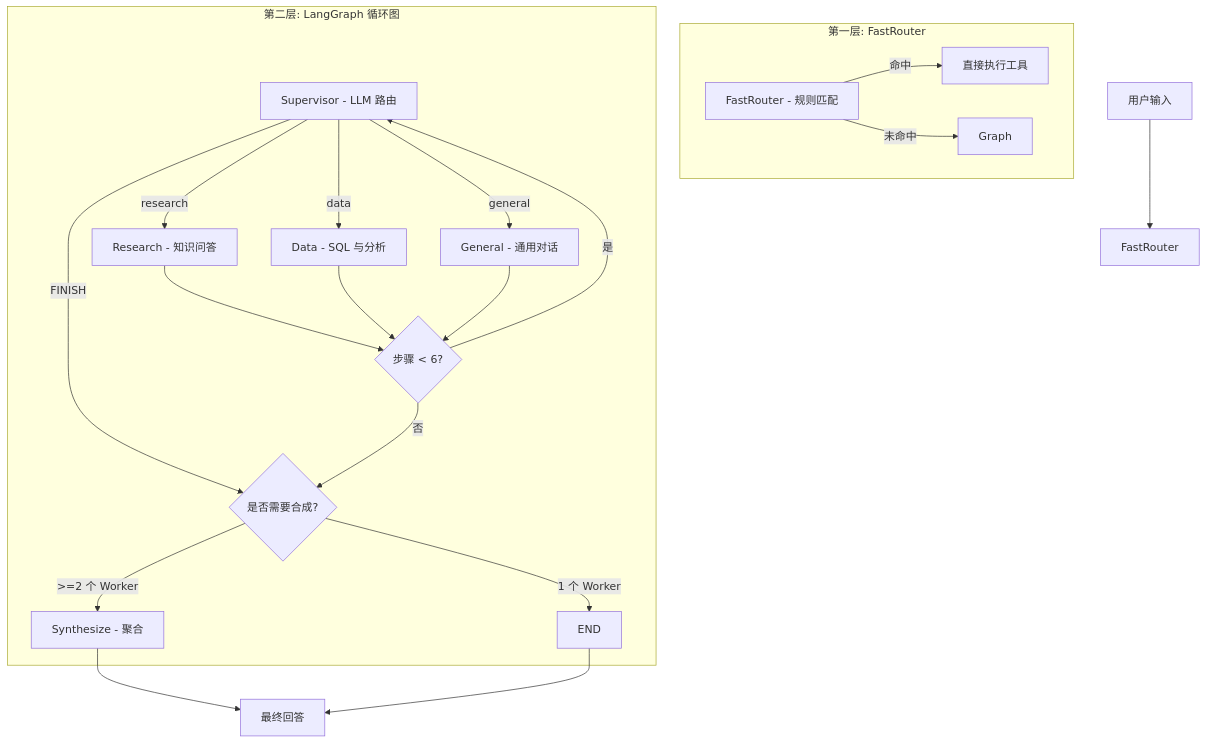
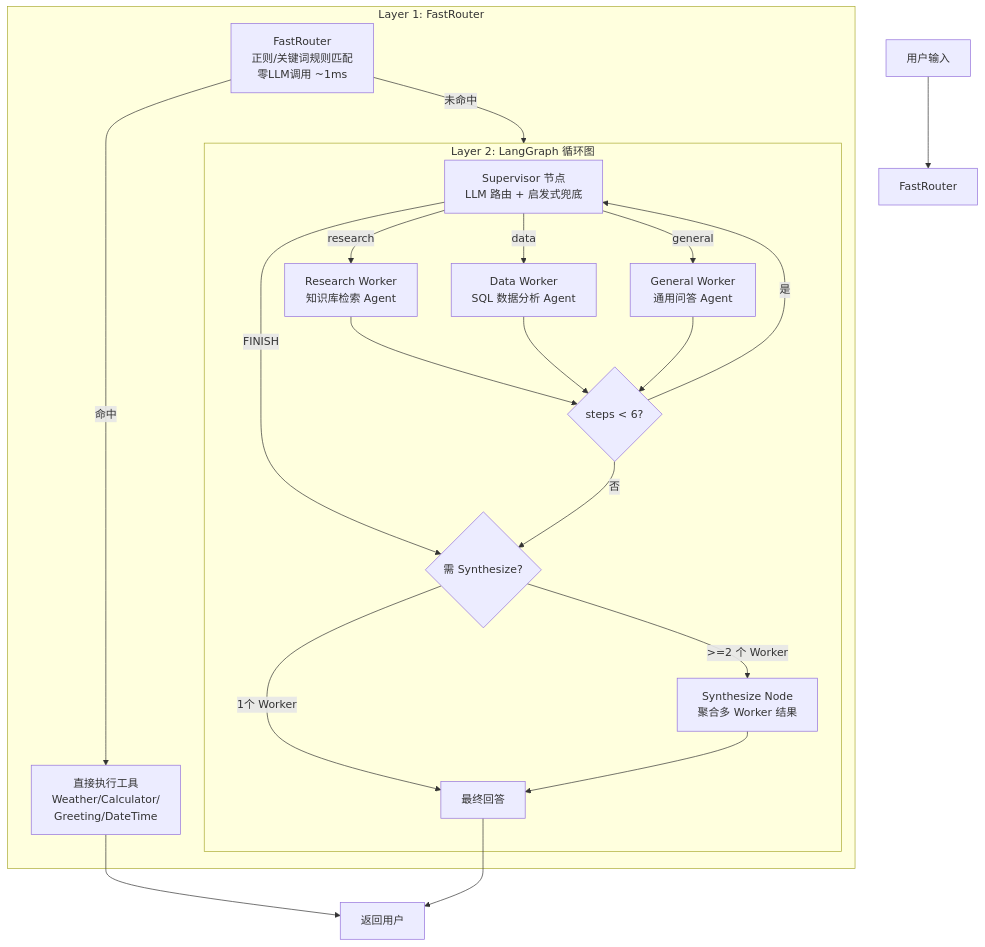
One commit to 05H-chouwenzi/AI-Agent-Assistant-System changed the diagram in README.md. Above: the diagram before and after it, drawn with Mermaid.

Commit message:
the last commit

````diff
--- a/README.md
+++ b/README.md
@@ -13,23 +13,28 @@
 ```mermaid
 flowchart TD
     USER[用户输入] --> FastRouter
-    subgraph L1 [第一层: FastRouter]
-        FR[FastRouter - 规则匹配] -->|命中| Direct[直接执行工具]
-        FR -->|未命中| Graph
+   
+    subgraph L1 [Layer 1: FastRouter]
+        FR[FastRouter<br/>正则/关键词规则匹配<br/>零LLM调用 ~1ms] -->|命中| Direct[直接执行工具<br/>Weather/Calculator/<br/>Greeting/DateTime]
+        FR -->|未命中| L2
     end
-    subgraph L2 [第二层: LangGraph 循环图]
-        Supervisor[Supervisor - LLM 路由] -->|research| R[Research - 知识问答]
-        Supervisor -->|data| D[Data - SQL 与分析]
-        Supervisor -->|general| G[General - 通用对话]
-        Supervisor -->|FINISH| Check{是否需要合成?}
-        R --> Loop{步骤 < 6?}
+   
+    subgraph L2 [Layer 2: LangGraph 循环图]
+        Supervisor[Supervisor 节点<br/>LLM 路由 + 启发式兜底] -->|research| R[Research Worker<br/>知识库检索 Agent]
+        Supervisor -->|data| D[Data Worker<br/>SQL 数据分析 Agent]
+        Supervisor -->|general| G[General Worker<br/>通用问答 Agent]
+        Supervisor -->|FINISH| Check{需 Synthesize?}
+       
+        R --> Loop{steps < 6?}
         D --> Loop
         G --> Loop
         Loop -->|是| Supervisor
         Loop -->|否| Check
-        Check -->|1 个 Worker| END
-        Check -->|>=2 个 Worker| Syn[Synthesize - 聚合]
+        Check -->|1个 Worker| Final[最终回答]
+        Check -->|>=2 个 Worker| Syn[Synthesize Node<br/>聚合多 Worker 结果]
+        Syn --> Final
     end
-    Syn --> Final[最终回答]
-    END --> Final
+   
+    Direct --> UserOut[返回用户]
+    Final --> UserOut
 ```
````
